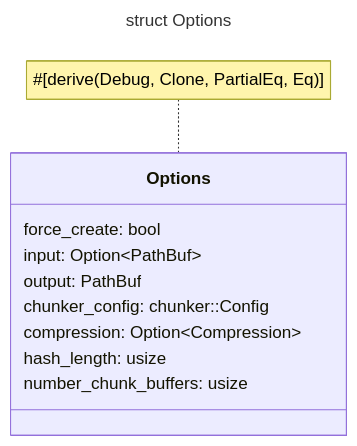
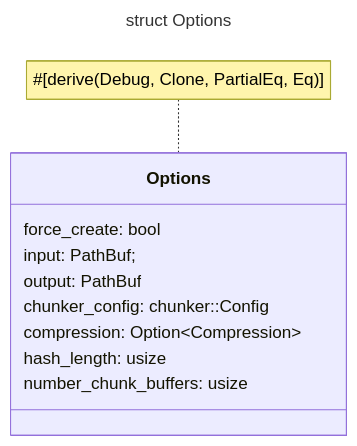
One commit to softtiny/docs.bita changed the diagram in markdowns/head_cmd.md. Above: the diagram before and after it, drawn with Mermaid.

Commit message:
:construction: Work in progress.

````diff
--- a/markdowns/head_cmd.md
+++ b/markdowns/head_cmd.md
@@ -3,17 +3,17 @@
 ```mermaid
 ---
 title: struct Options
 ---
 classDiagram
     note for Options "#[derive(Debug, Clone, PartialEq, Eq)]"
     class Options {
         force_create: bool
-        input: Option&lt;PathBuf&gt;
+        input: PathBuf;
         output: PathBuf
         chunker_config: chunker::Config
         compression: Option&lt;Compression&gt;
         hash_length: usize
         number_chunk_buffers: usize
     }
 
 ```
````
